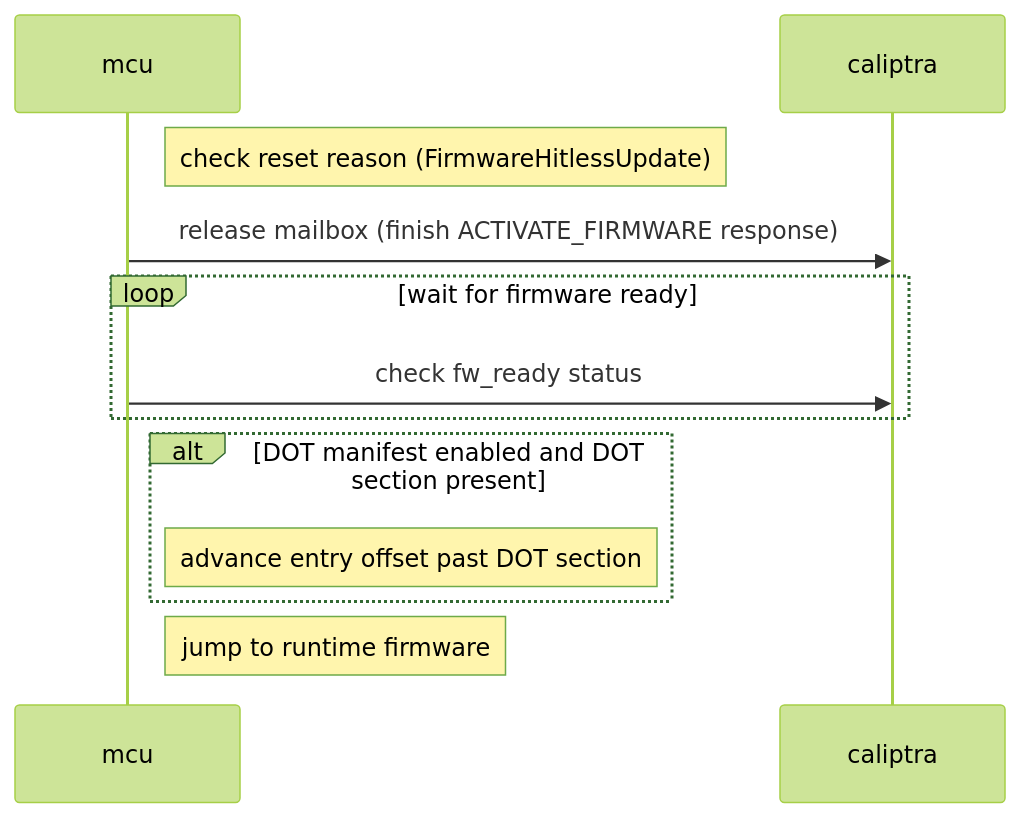
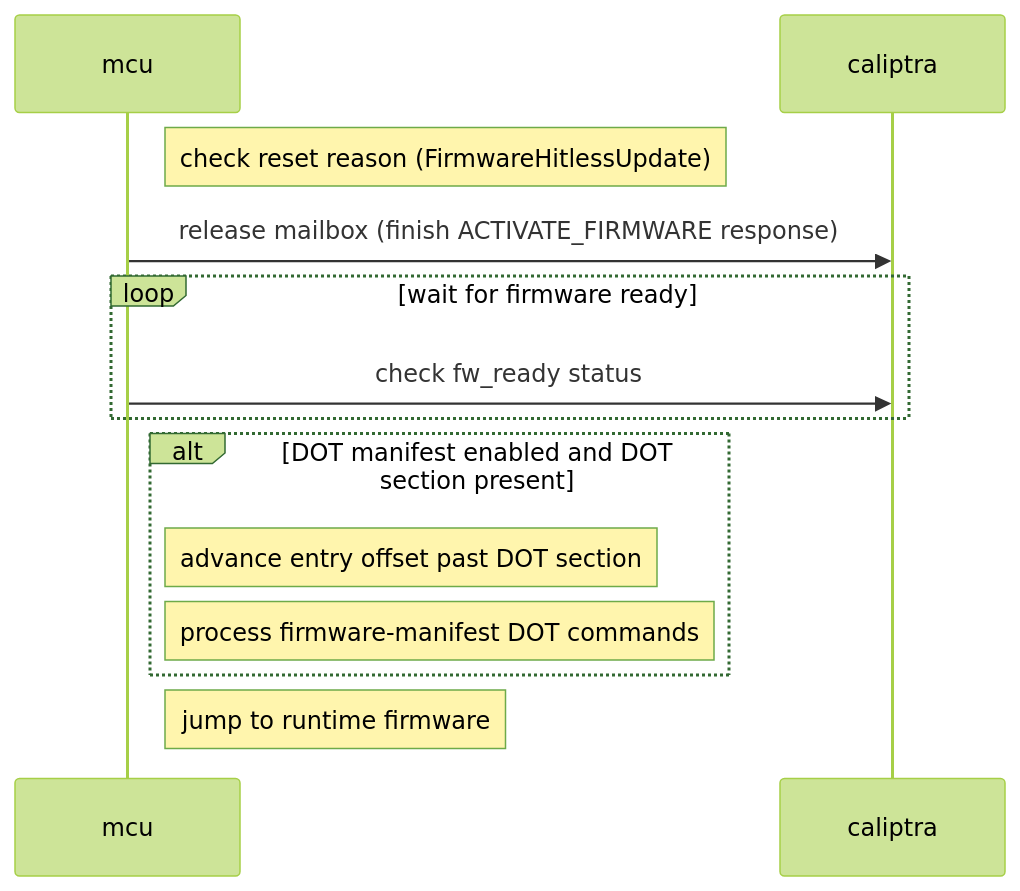
Before and after one commit to chipsalliance/caliptra-mcu-sw: the third of 4 diagrams in docs/src/rom.md, drawn with Mermaid (forest theme). The commit also changed other lines of this file and 11 other files, not shown here.

````diff
--- a/docs/src/rom.md
+++ b/docs/src/rom.md
@@ -176,12 +176,13 @@
 ```mermaid
 sequenceDiagram
     note right of mcu: check reset reason (FirmwareHitlessUpdate)
     mcu->>caliptra: release mailbox (finish ACTIVATE_FIRMWARE response)
     loop wait for firmware ready
         mcu->>caliptra: check fw_ready status
     end
     alt DOT manifest enabled and DOT section present
         note right of mcu: advance entry offset past DOT section
+        note right of mcu: process firmware-manifest DOT commands
     end
     note right of mcu: jump to runtime firmware
 ```
````
